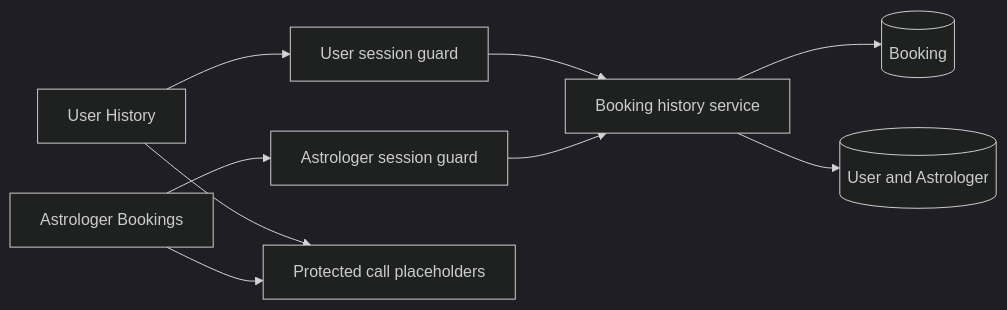
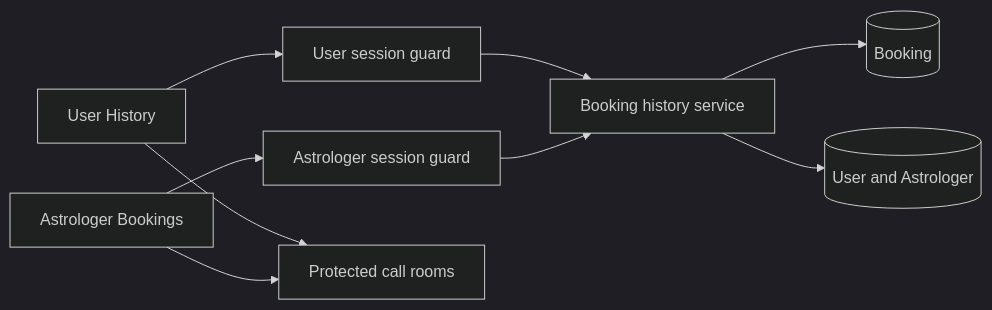
Before and after one commit to Yash1927/AstroWeb-App: the fourth of 7 diagrams in docs/ARCHITECTURE.md, drawn with Mermaid (dark theme). The commit also changed other lines of this file and 24 other files, not shown here.

````diff
--- a/docs/ARCHITECTURE.md
+++ b/docs/ARCHITECTURE.md
@@ -236,18 +245,18 @@
 ```mermaid
 flowchart LR
     UserHistory[User History]
     AstroBookings[Astrologer Bookings]
     UserGuard[User session guard]
     AstroGuard[Astrologer session guard]
     HistoryService[Booking history service]
     Bookings[(Booking)]
     People[(User and Astrologer)]
-    CallRoutes[Protected call placeholders]
+    CallRoutes[Protected call rooms]
 
     UserHistory --> UserGuard --> HistoryService
     AstroBookings --> AstroGuard --> HistoryService
     HistoryService --> Bookings
     HistoryService --> People
     UserHistory --> CallRoutes
     AstroBookings --> CallRoutes
 ```
````
